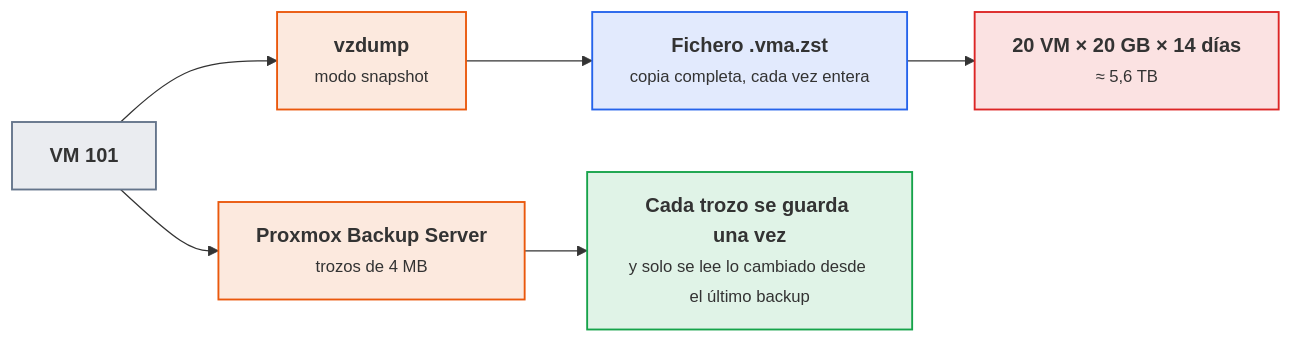
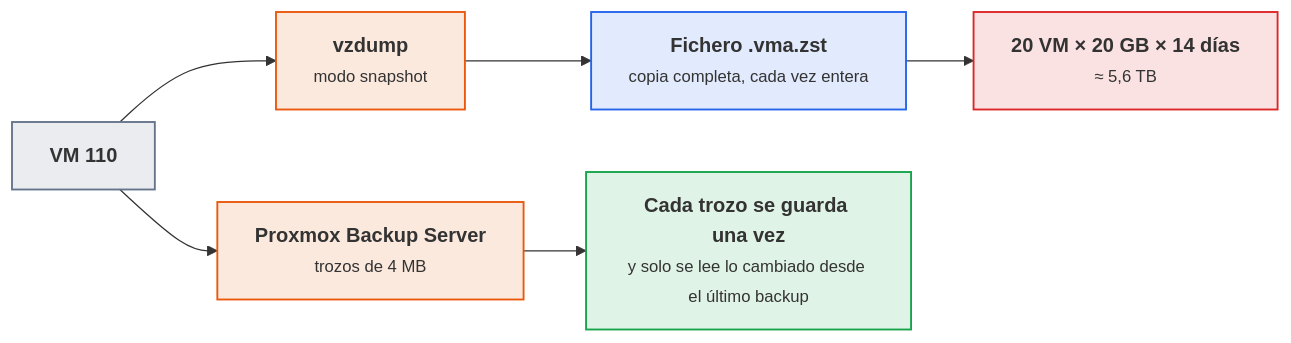
Before and after one commit to victor-educ/apuntes-5166: diagram 13 of 14 in docs/ut/ut1-virtualizacion.md, drawn with Mermaid. The commit also changed other lines of this file and 15 other files, not shown here.

````diff
--- a/docs/ut/ut1-virtualizacion.md
+++ b/docs/ut/ut1-virtualizacion.md
@@ -906,17 +931,17 @@
 ```mermaid
 flowchart LR
-    VM["<b>VM 101</b>"]:::pieza
+    VM["<b>VM 110</b>"]:::pieza
     VZ["<b>vzdump</b><br><small>modo snapshot</small>"]:::act
     FIC["<b>Fichero .vma.zst</b><br><small>copia completa, cada vez entera</small>"]:::dato
     COSTE["<b>20 VM × 20 GB × 14 días</b><br><small>≈ 5,6 TB</small>"]:::riesgo
     PBS["<b>Proxmox Backup Server</b><br><small>trozos de 4 MB</small>"]:::act
     DEDUP["<b>Cada trozo se guarda una vez</b><br><small>y solo se lee lo cambiado desde el último backup</small>"]:::ok
     VM --> VZ --> FIC --> COSTE
     VM --> PBS --> DEDUP
     classDef act fill:#ea580c22,stroke:#ea580c,stroke-width:1.5px
     classDef pieza fill:#64748b22,stroke:#64748b,stroke-width:1.5px
     classDef dato fill:#2563eb22,stroke:#2563eb,stroke-width:1.5px
     classDef infra fill:#a1a1aa14,stroke:#a1a1aa,stroke-width:1.5px
     classDef ok fill:#16a34a22,stroke:#16a34a,stroke-width:1.5px
     classDef riesgo fill:#dc262622,stroke:#dc2626,stroke-width:1.5px
 ```
````
